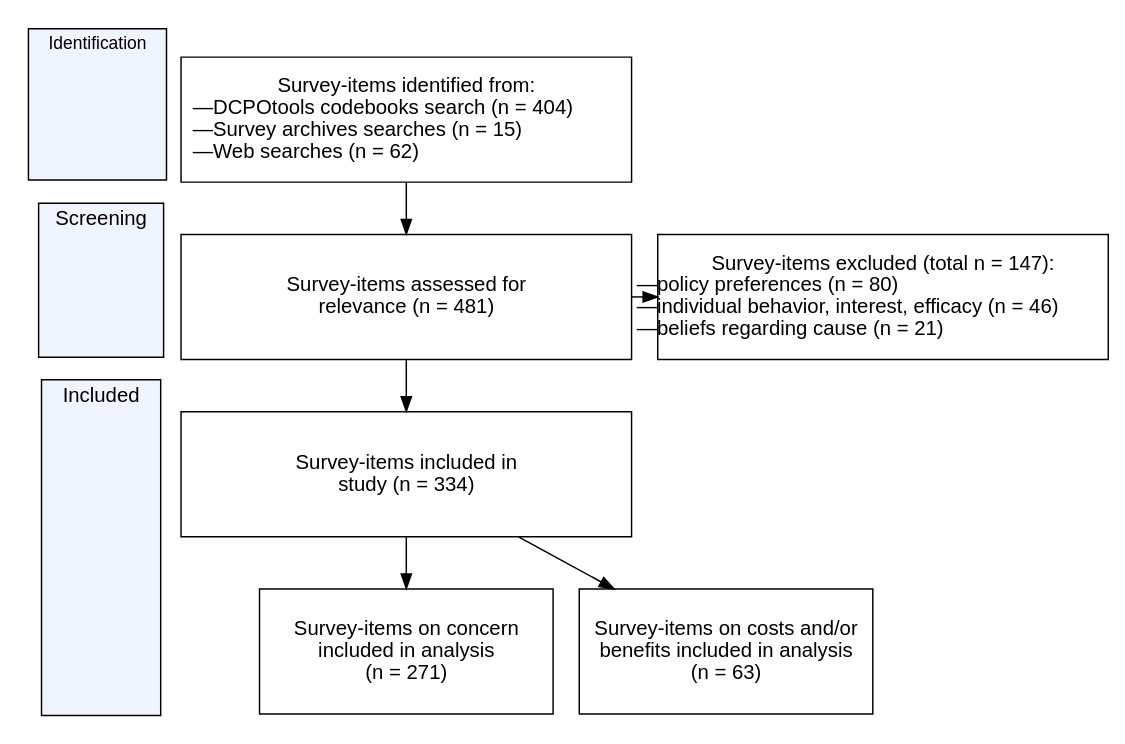
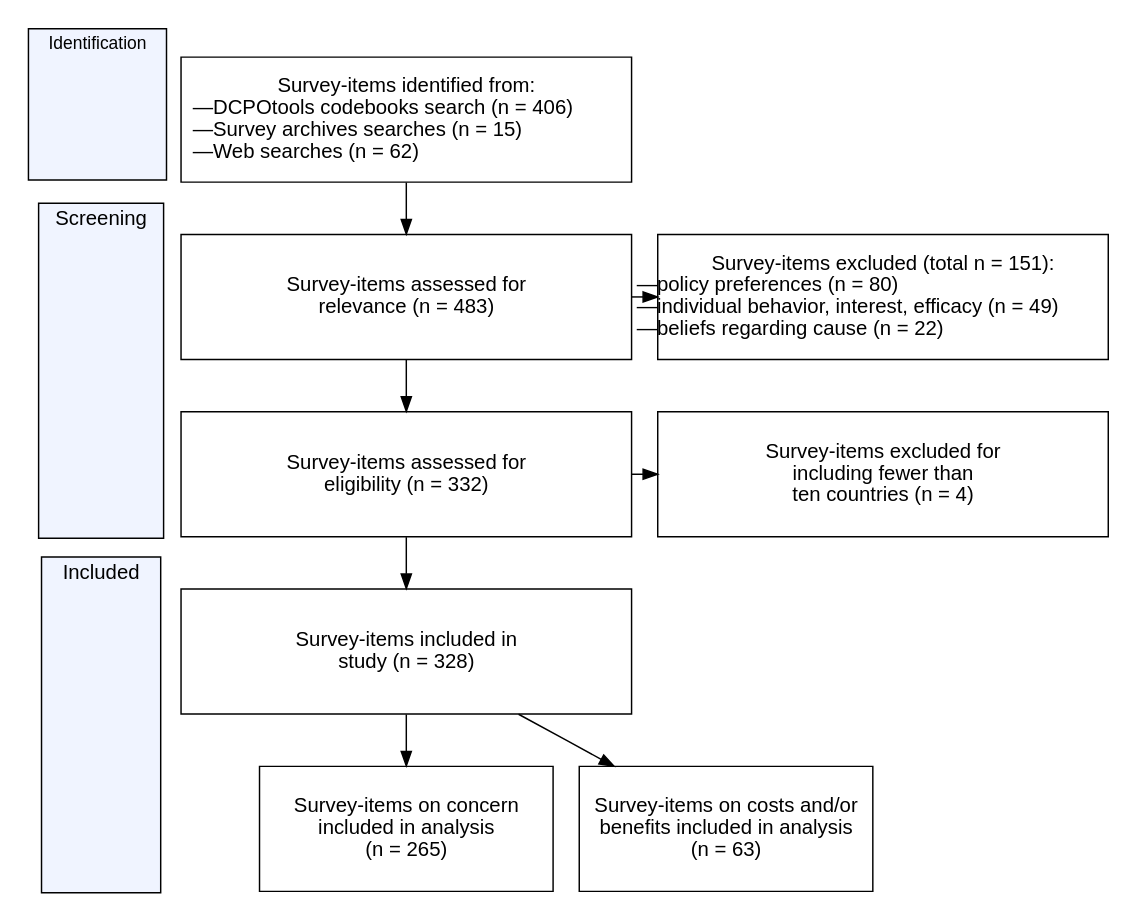
One commit to fsolt/climate_facing changed the diagram in paper/fc.dot. Above: the diagram before and after it, drawn with Graphviz. The commit also changed 5 other files, not shown here.

```diff
--- a/paper/fc.dot
+++ b/paper/fc.dot
@@ -1,75 +1,87 @@
 digraph flowchart {
       subgraph cluster_inc {
         C0 [shape = plaintext,
             style = invis,
             fixedsize = true,
             width = .9,
             height = .95];
         C1 [shape = rect,
             style = invis,
             fixedsize = true,
             height = 1];
         C0 -> C1 [style = invis, weight = 10];
         style = filled;
         fillcolor = "#F0F4FF";
         label = "Included";
         fontname = Helvetica;
       }
       
       subgraph cluster_scr {
         S0 [shape = plaintext,
             style = invis,
             fixedsize = true,
             width = .9,
             height = .93];
+        S1 [shape = rect,
+            style = invis,
+            fixedsize = true,
+            height = 1];
+        S0 -> S1 [style = invis, weight = 10];
         style = filled;
         fillcolor = "#F0F4FF";
         label = "Screening";
         fontname = Helvetica;
       }
       
       subgraph cluster_id {
         I0 [shape = plaintext,
             style = invis,
             fixedsize = true,
             width = .9,
             height = .93];
         style = filled;
         fillcolor = "#F0F4FF";
         label = "Identification";
         fontname = Helvetica;
         fontsize = 12;
       }
       
       node [fontname = Helvetica, 
             shape = rectangle,
             style = filled,
             fillcolor = "white",
             fixedsize = true,
             width = 4.3,
             height = 1.2];
             
-      all1 [label = "Survey-items identified from:\n —DCPOtools codebooks search (n = 404)\l —Survey archives searches (n = 15)\l —Web searches (n = 62)\l"];
-      all2 [label = "Survey-items assessed for\nrelevance (n = 481)"];
-      incl [label = "Survey-items included in\nstudy (n = 334)"];
-      excl [label = "Survey-items excluded (total n = 147):\n —policy preferences (n = 80)\l —individual behavior, interest, efficacy (n = 46)\l —beliefs regarding cause (n = 21)\l"];
-      concern [label = "Survey-items on concern\nincluded in analysis\n(n = 271)", width = 2.8];
+      all1 [label = "Survey-items identified from:\n —DCPOtools codebooks search (n = 406)\l —Survey archives searches (n = 15)\l —Web searches (n = 62)\l"];
+      all2 [label = "Survey-items assessed for\nrelevance (n = 483)"];
+      incl0 [label = "Survey-items assessed for\neligibility (n = 332)"];
+      incl [label = "Survey-items included in\nstudy (n = 328)"];
+      excl [label = "Survey-items excluded (total n = 151):\n —policy preferences (n = 80)\l —individual behavior, interest, efficacy (n = 49)\l —beliefs regarding cause (n = 22)\l"];
+      small [label = "Survey-items excluded for\nincluding fewer than\nten countries (n = 4)"];
+      concern [label = "Survey-items on concern\nincluded in analysis\n(n = 265)", width = 2.8];
       cost [label = "Survey-items on costs and/or\nbenefits included in analysis\n(n = 63)", width = 2.8];
       
       # edge definitions with the node IDs
       all1 -> all2;
-      all2 -> incl;
+      all2 -> incl0;
       all2 -> excl;
+      incl0 -> small;
+      incl0 -> incl;
       incl -> concern;
       incl -> cost [constraint = false];
       
-      I0 -> S0 -> C0 [style = invis, weight = 10]
+      I0 -> S0 -> S1 -> C0 [style = invis, weight = 10]
 
       # subgraphs for horizontal alignment
       subgraph {
         rank = same; all2; excl;
       }
       subgraph {
+        rank = same; incl0; small;
+      }
+      subgraph {
         rank = same; concern; cost;
       }
 }
```
